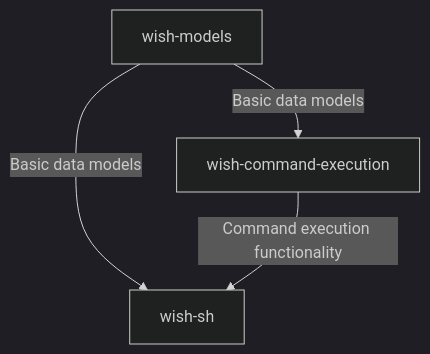
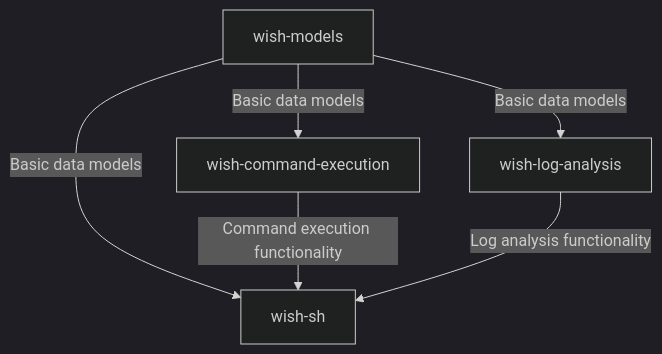
Before and after one commit to SecDev-Lab/wish: the first of 2 diagrams in docs/design.md, drawn with Mermaid (dark theme). The commit also changed other lines of this file and 42 other files, not shown here.

First line of the commit message:
feat: wish-log-analysis (#8)

````diff
--- a/docs/design.md
+++ b/docs/design.md
@@ -7,6 +7,8 @@
 ```mermaid
 graph TD
     A[wish-models] --> |Basic data models| B[wish-command-execution]
     A --> |Basic data models| C[wish-sh]
+    A --> |Basic data models| D[wish-log-analysis]
     B --> |Command execution functionality| C
+    D --> |Log analysis functionality| C
 ```
````
